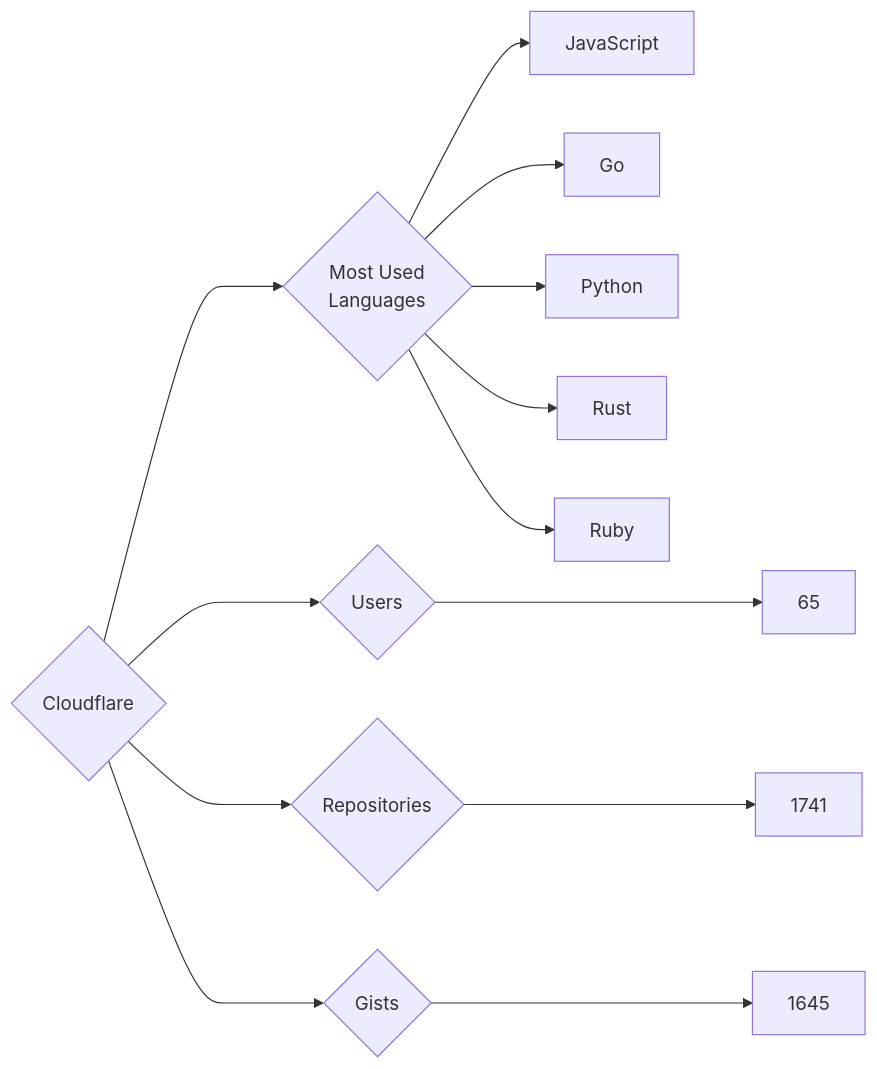
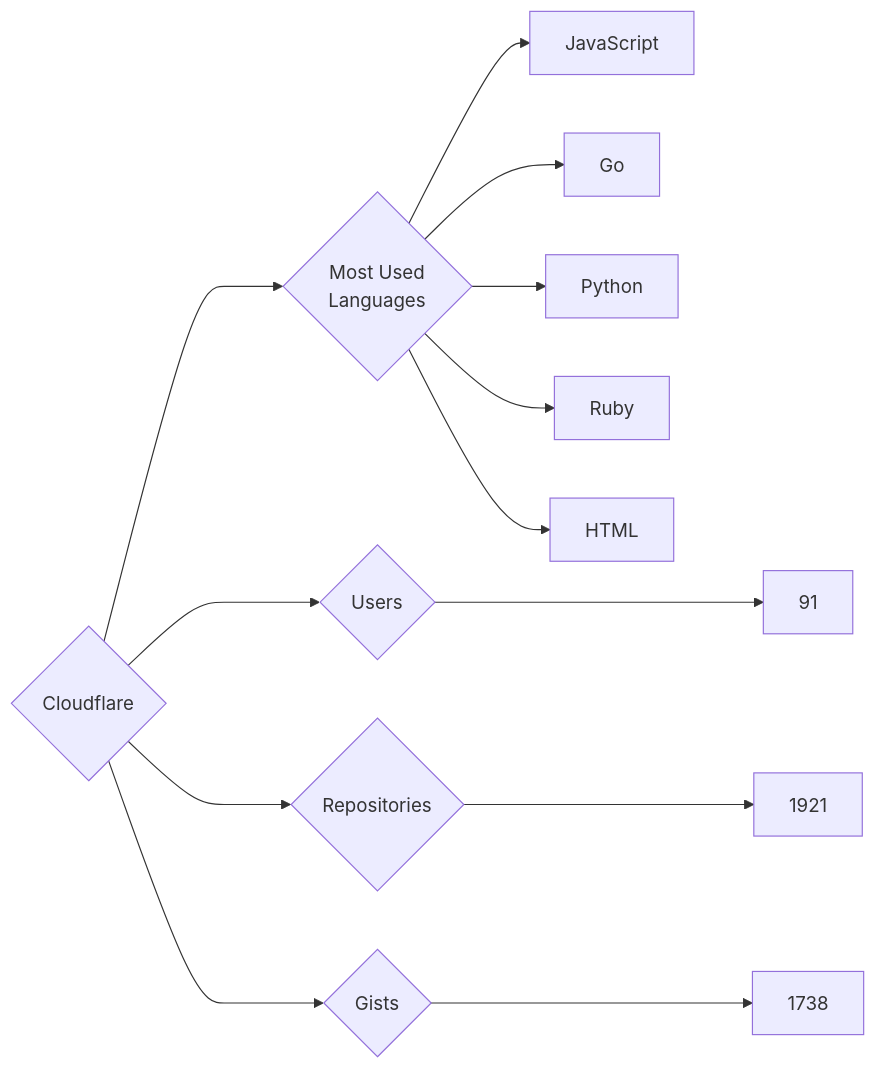
The diagram in targets/Cloudflare/README.md (trickest/insiders), drawn with Mermaid before and after one commit. The commit also changed 900 other files, not shown here.

````diff
--- a/targets/Cloudflare/README.md
+++ b/targets/Cloudflare/README.md
@@ -3,13 +3,13 @@
 ```mermaid
 graph LR
 COMPANY_NAME{Cloudflare}
-COMPANY_NAME ---> U{Users} ---> UN[65]
-COMPANY_NAME ---> R{Repositories} ---> RN[1741]
-COMPANY_NAME ---> G{Gists} ---> GN[1645]
+COMPANY_NAME ---> U{Users} ---> UN[91]
+COMPANY_NAME ---> R{Repositories} ---> RN[1921]
+COMPANY_NAME ---> G{Gists} ---> GN[1738]
 COMPANY_NAME ---> ML{Most Used<br>Languages}
 ML --> JavaScript[JavaScript]
 ML --> Go[Go]
 ML --> Python[Python]
-ML --> Rust[Rust]
 ML --> Ruby[Ruby]
+ML --> HTML[HTML]
 ```
````
